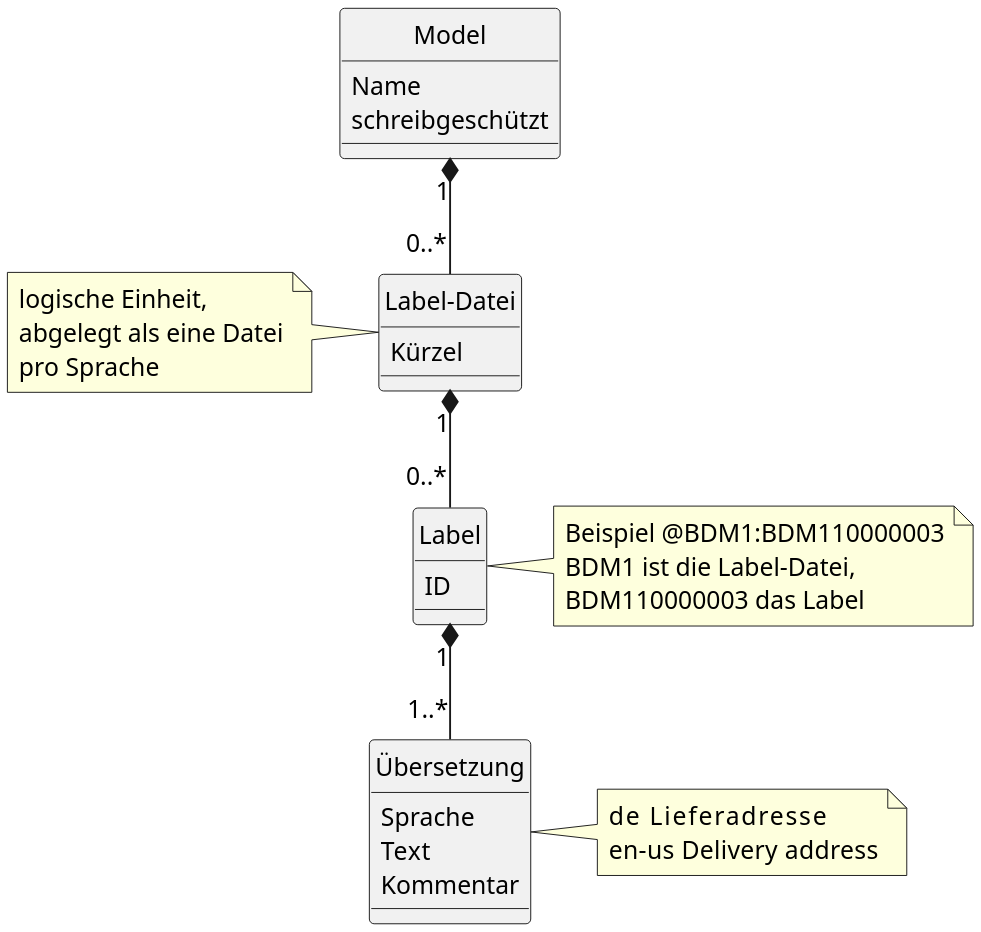
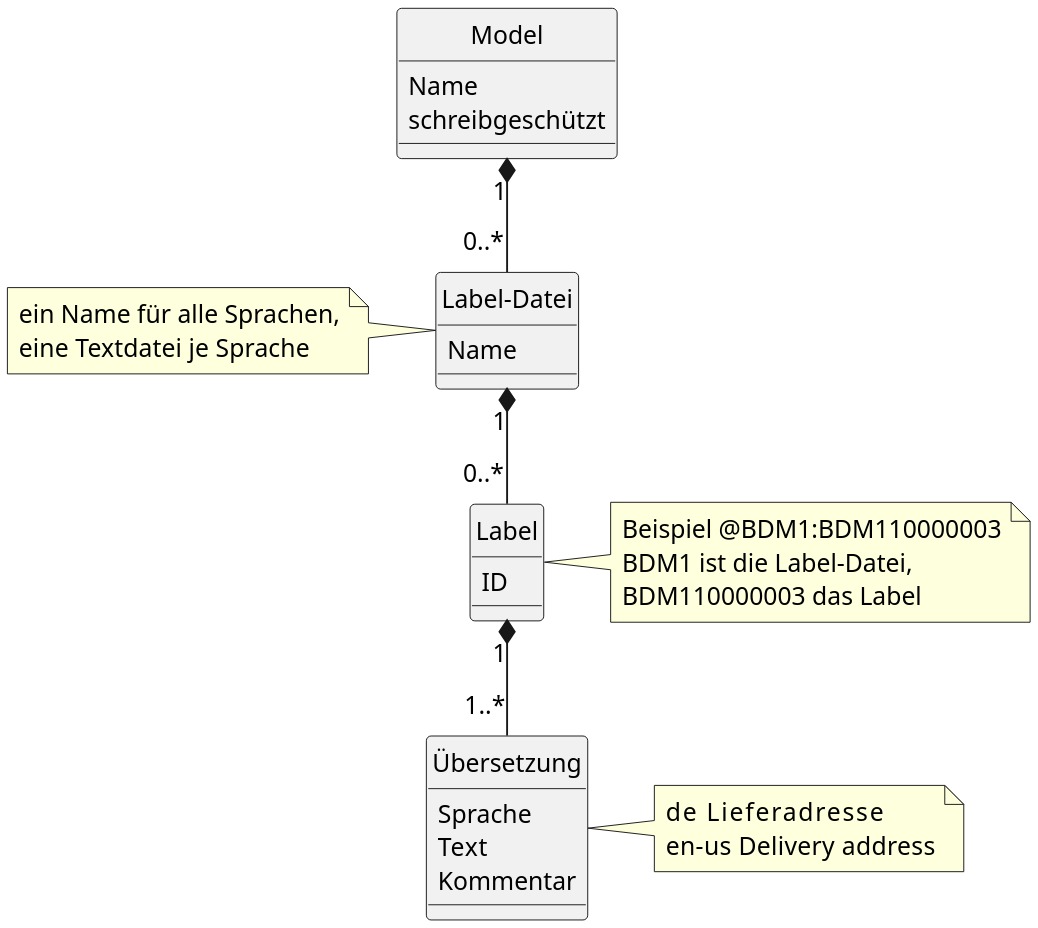
One commit to Adyrem/diploma-label-localization changed the diagram in documentation/diagrams/Labelstruktur.puml. Above: the diagram before and after it, drawn with PlantUML. The commit also changed 19 other files, not shown here.

Commit message:
Konzept überarbeitet: Festlegungen und fachliche Regeln verteilt, Diagramme kompakter, Sequenz zum Sprung, weniger Verweise, Aufwand AP5.3

```diff
--- a/documentation/diagrams/Labelstruktur.puml
+++ b/documentation/diagrams/Labelstruktur.puml
@@ -1,47 +1,46 @@
 @startuml
 ' Zusammenhang von Model, Label-Datei, Label und Übersetzung.
 ' Rendern: plantuml -tpng -charset UTF-8 Labelstruktur.puml
 ' Höhere Auflösung, damit das Bild im PDF scharf bleibt.
 skinparam dpi 240
 
 skinparam defaultFontSize 13
 skinparam classAttributeIconSize 0
 hide circle
 
 class Model {
   Name
   schreibgeschützt
 }
 class "Label-Datei" as LabelFile {
-  Kürzel
+  Name
 }
 class Label {
   ID
 }
 class "Übersetzung" as Uebersetzung {
   Sprache
   Text
   Kommentar
 }
 
 Model "1" *-- "0..*" LabelFile
 LabelFile "1" *-- "0..*" Label
 Label "1" *-- "1..*" Uebersetzung
 
 note left of LabelFile
-  logische Einheit,
-  abgelegt als eine Datei
-  pro Sprache
+  ein Name für alle Sprachen,
+  eine Textdatei je Sprache
 end note
 
 note right of Label
   Beispiel @BDM1:BDM110000003
   BDM1 ist die Label-Datei,
   BDM110000003 das Label
 end note
 
 note right of Uebersetzung
   de     Lieferadresse
   en-us  Delivery address
 end note
 @enduml
```
